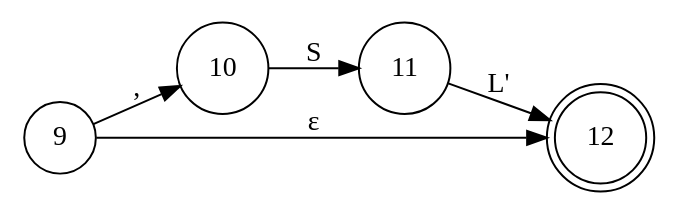
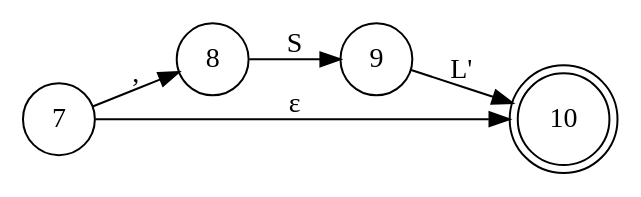
One commit to xy3xy3/CompilerTheoryAssignment changed the diagram in Theory/4/3.dot. Above: the diagram before and after it, drawn with Graphviz. The commit also changed 6 other files, not shown here.

```diff
--- a/Theory/4/3.dot
+++ b/Theory/4/3.dot
@@ -1,15 +1,15 @@
 
 
 digraph LPrime {
     rankdir=LR;
     // L' -> , S L' | ε
+    7 [shape=circle, label="7"];
+    8 [shape=circle, label="8"];
     9 [shape=circle, label="9"];
-    10 [shape=circle, label="10"];
-    11 [shape=circle, label="11"];
-    12 [shape=doublecircle, label="12"];
+    10 [shape=doublecircle, label="10"];
 
-    9 -> 10 [label=","];
-    10 -> 11 [label="S"];
-    11 -> 12 [label="L'"];
-    9 -> 12 [label="ε"];
+    7 -> 8 [label=","];
+    8 -> 9 [label="S"];
+    9 -> 10 [label="L'"];
+    7 -> 10 [label="ε"];
 }
```
